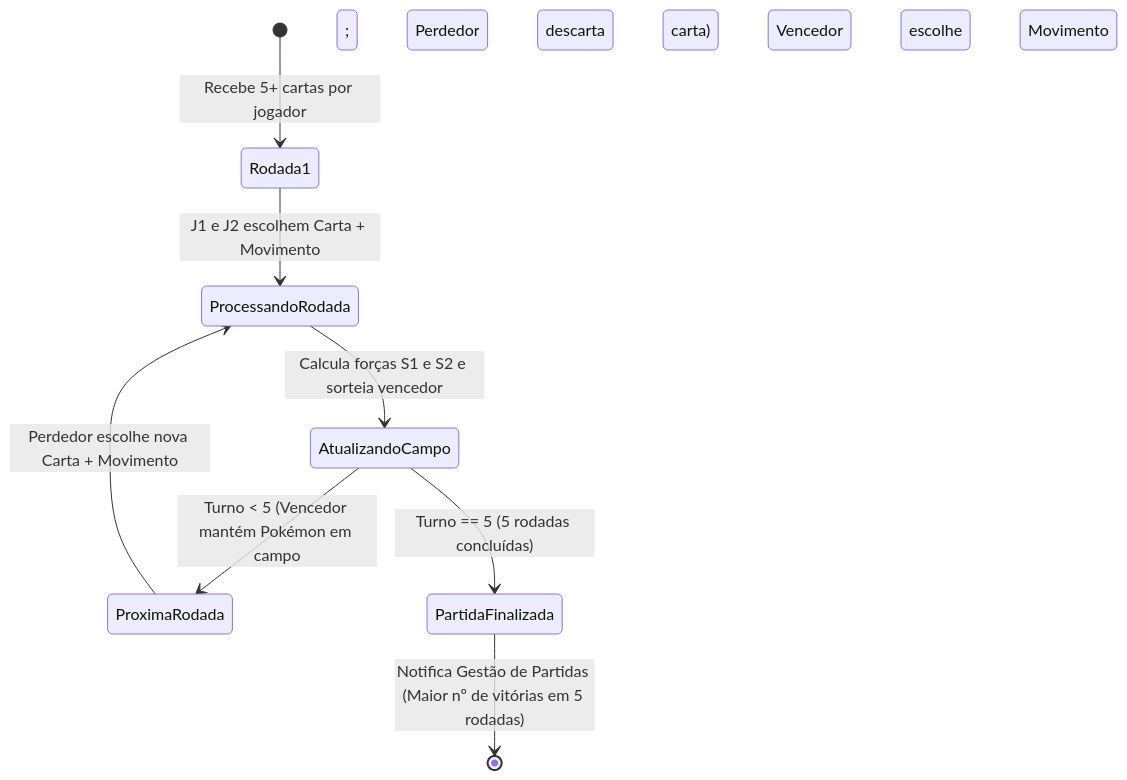
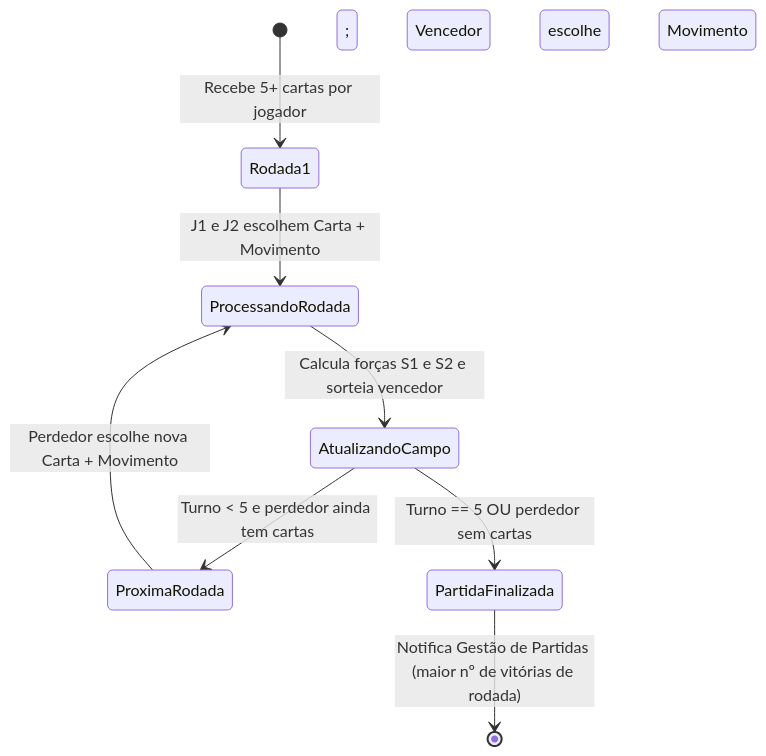
The diagram in docs/01-requisitos-e-regras.md (S03-2026-2/S03_Batalha), drawn with Mermaid before and after one commit. The commit also changed other lines of this file and 8 other files, not shown here.

````diff
--- a/docs/01-requisitos-e-regras.md
+++ b/docs/01-requisitos-e-regras.md
@@ -71,10 +71,10 @@
 ```mermaid
 stateDiagram-v2
     [*] --> Rodada1: Recebe 5+ cartas por jogador
     Rodada1 --> ProcessandoRodada: J1 e J2 escolhem Carta + Movimento
     ProcessandoRodada --> AtualizandoCampo: Calcula forças S1 e S2 e sorteia vencedor
-    AtualizandoCampo --> ProximaRodada: Turno < 5 (Vencedor mantém Pokémon em campo; Perdedor descarta carta)
+    AtualizandoCampo --> ProximaRodada: Turno < 5 e perdedor ainda tem cartas
     ProximaRodada --> ProcessandoRodada: Perdedor escolhe nova Carta + Movimento; Vencedor escolhe Movimento
-    AtualizandoCampo --> PartidaFinalizada: Turno == 5 (5 rodadas concluídas)
-    PartidaFinalizada --> [*]: Notifica Gestão de Partidas (Maior nº de vitórias em 5 rodadas)
+    AtualizandoCampo --> PartidaFinalizada: Turno == 5 OU perdedor sem cartas
+    PartidaFinalizada --> [*]: Notifica Gestão de Partidas (maior nº de vitórias de rodada)
 ```
````
